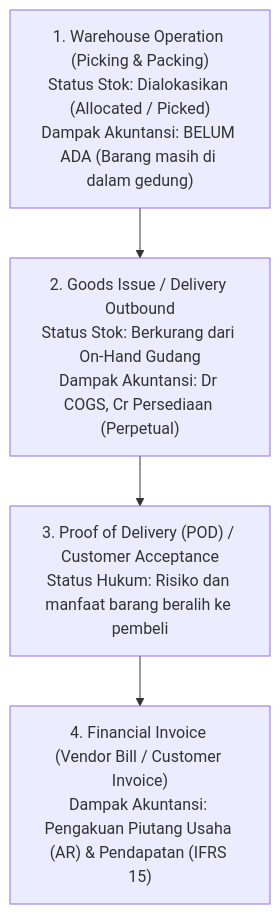
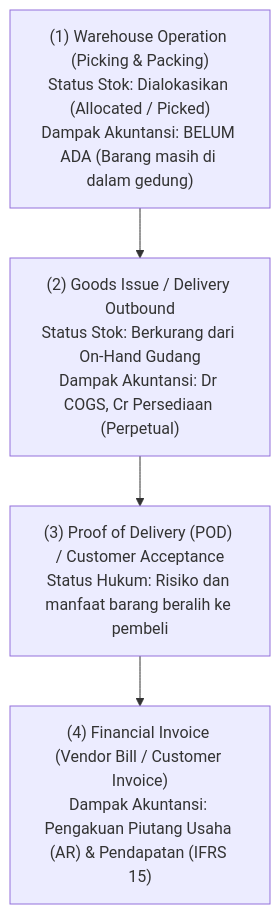
The third of 3 diagrams in content/05-inventory/inventory-picking-and-delivery.md (alimurrofid/erp-notes), drawn with Mermaid before and after one commit. The commit also changed other lines of this file and 132 other files, not shown here.

````diff
--- a/content/05-inventory/inventory-picking-and-delivery.md
+++ b/content/05-inventory/inventory-picking-and-delivery.md
@@ -93,7 +93,7 @@
 ```mermaid
 flowchart TD
-    E1["1. Warehouse Operation (Picking & Packing)<br/>Status Stok: Dialokasikan (Allocated / Picked)<br/>Dampak Akuntansi: BELUM ADA (Barang masih di dalam gedung)"]
-    --> E2["2. Goods Issue / Delivery Outbound<br/>Status Stok: Berkurang dari On-Hand Gudang<br/>Dampak Akuntansi: Dr COGS, Cr Persediaan (Perpetual)"]
-    --> E3["3. Proof of Delivery (POD) / Customer Acceptance<br/>Status Hukum: Risiko dan manfaat barang beralih ke pembeli"]
-    --> E4["4. Financial Invoice (Vendor Bill / Customer Invoice)<br/>Dampak Akuntansi: Pengakuan Piutang Usaha (AR) & Pendapatan (IFRS 15)"]
+    E1["(1) Warehouse Operation (Picking & Packing)<br/>Status Stok: Dialokasikan (Allocated / Picked)<br/>Dampak Akuntansi: BELUM ADA (Barang masih di dalam gedung)"]
+    --> E2["(2) Goods Issue / Delivery Outbound<br/>Status Stok: Berkurang dari On-Hand Gudang<br/>Dampak Akuntansi: Dr COGS, Cr Persediaan (Perpetual)"]
+    --> E3["(3) Proof of Delivery (POD) / Customer Acceptance<br/>Status Hukum: Risiko dan manfaat barang beralih ke pembeli"]
+    --> E4["(4) Financial Invoice (Vendor Bill / Customer Invoice)<br/>Dampak Akuntansi: Pengakuan Piutang Usaha (AR) & Pendapatan (IFRS 15)"]
 ```
````
